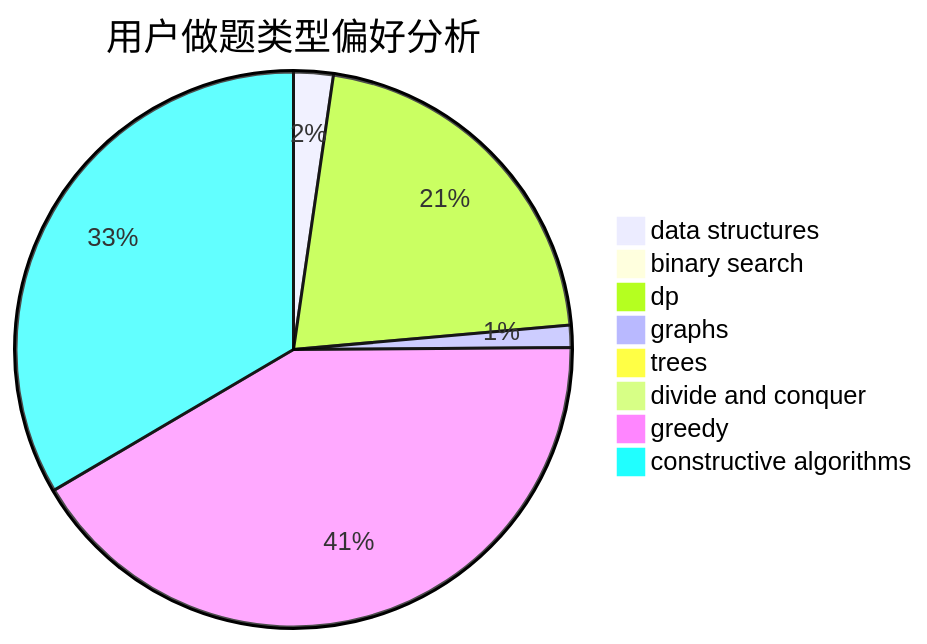
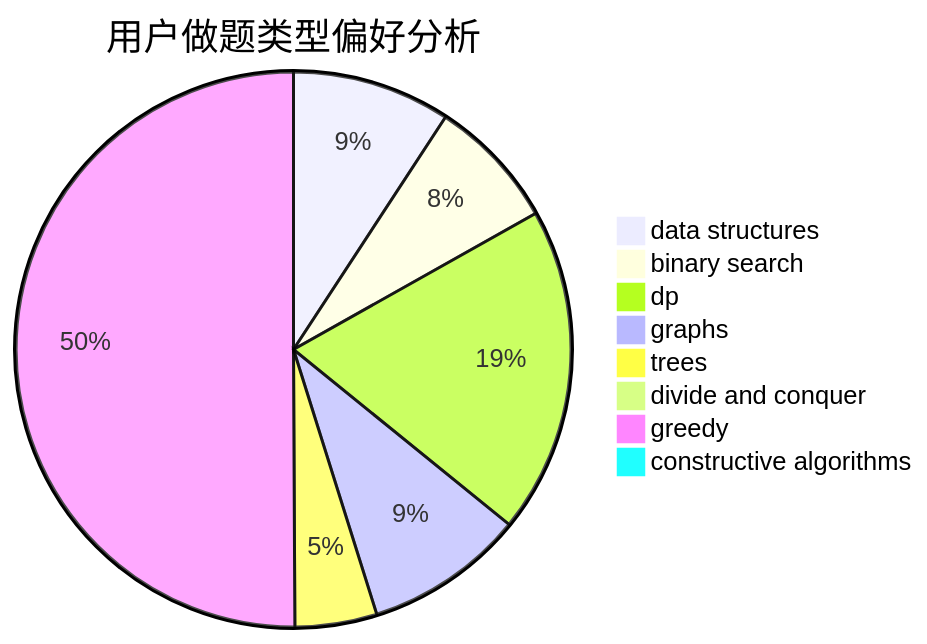
Before and after one commit to sherpahu/cfrs.github.io: the second of 3 diagrams in docs/user/u1288.md, drawn with Mermaid. The commit also changed other lines of this file and 2770 other files, not shown here.

````diff
--- a/docs/user/u1288.md
+++ b/docs/user/u1288.md
@@ -23,11 +23,11 @@
 ```mermaid
 pie title 用户做题类型偏好分析
-    "data structures" :  25
-    "binary search" :  11
-    "dp" :  231
-    "graphs" :  14
-    "trees" :  4
-    "divide and conquer" :  2
-    "greedy" :  452
-    "constructive algorithms" :  363
+    "data structures" :  116
+    "binary search" :  96
+    "dp" :  239
+    "graphs" :  117
+    "trees" :  60
+    "divide and conquer" :  0
+    "greedy" :  630
+    "constructive algorithms" :  6
 ```
````
